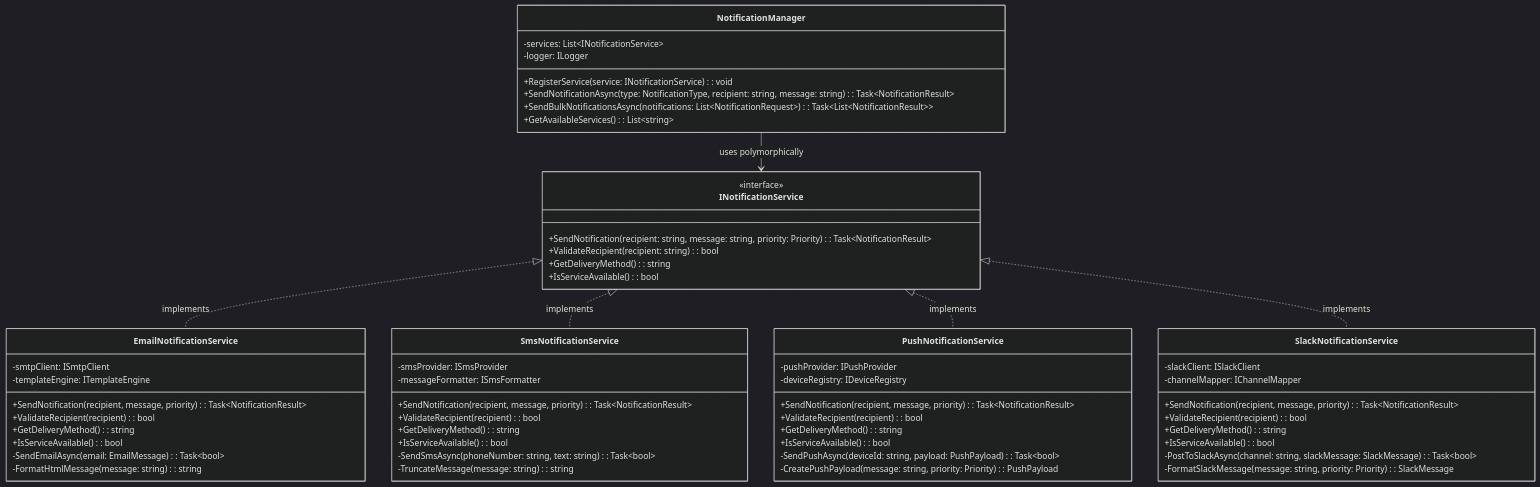
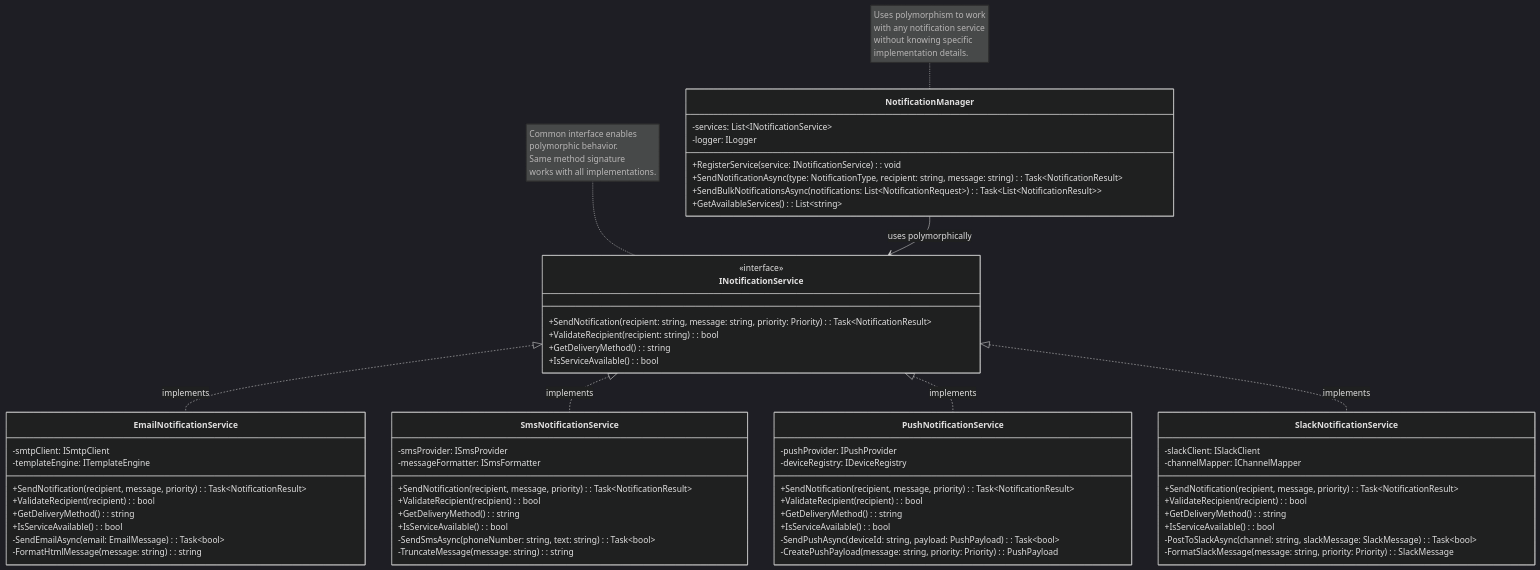
The diagram in docs/03-oop-principles/04-polymorphism.md (danangsw/csharp-solid-principles), drawn with Mermaid (dark theme) before and after one commit. The commit also changed other lines of this file and 4 other files, not shown here.

````diff
--- a/docs/03-oop-principles/04-polymorphism.md
+++ b/docs/03-oop-principles/04-polymorphism.md
@@ -96,4 +96,8 @@
     INotificationService <|.. SlackNotificationService : implements
     
     NotificationManager --> INotificationService : uses polymorphically
+
+    note for INotificationService "Common interface enables<br/>polymorphic behavior.<br/>Same method signature<br/>works with all implementations."
+    
+    note for NotificationManager "Uses polymorphism to work<br/>with any notification service<br/>without knowing specific<br/>implementation details."
 ```
````
